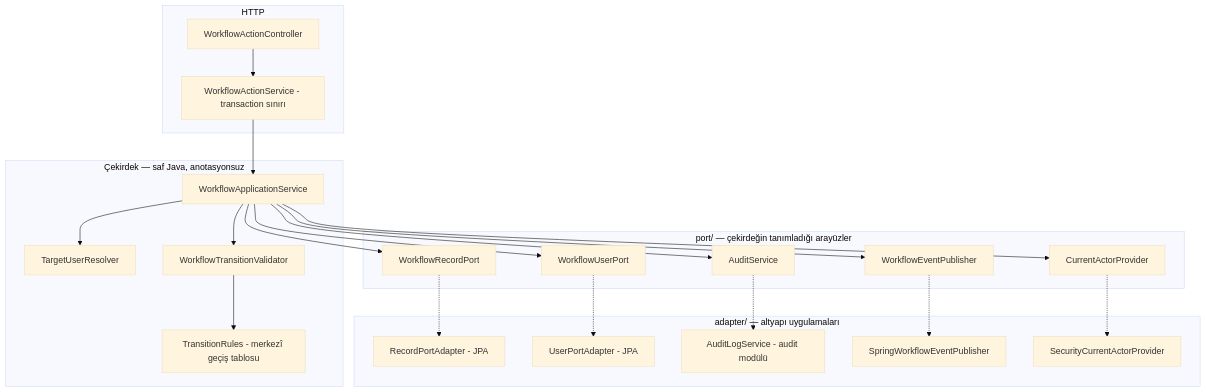
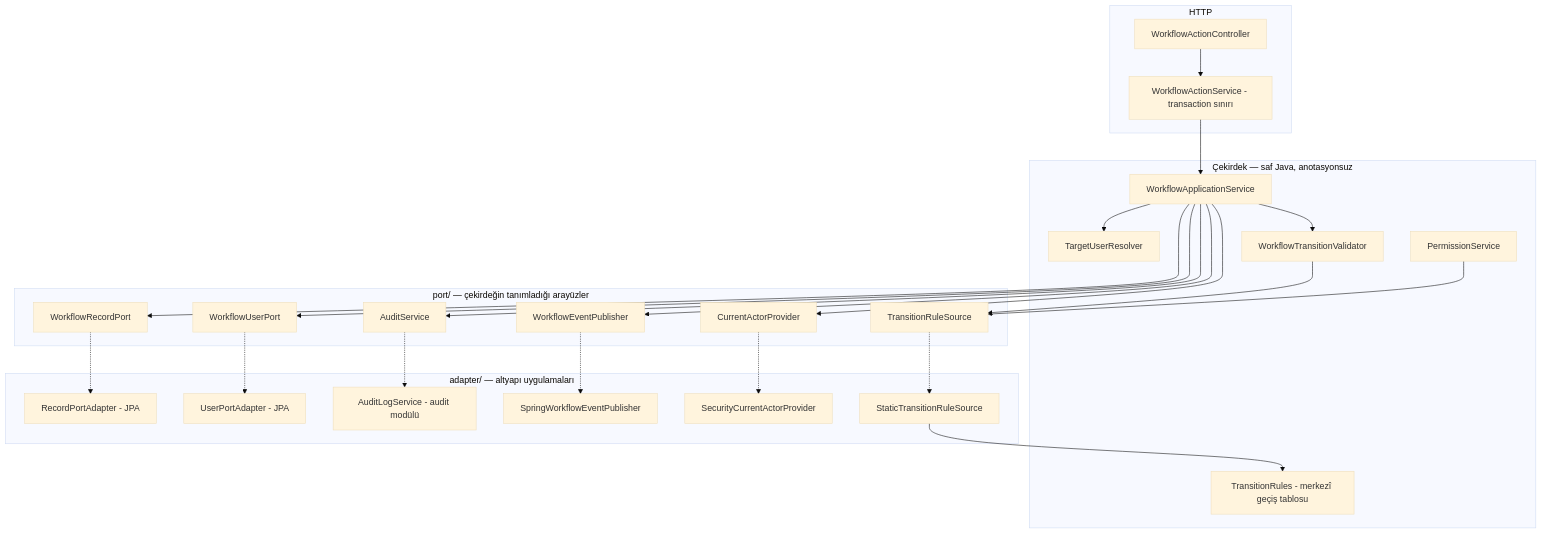
The second of 2 diagrams in docs/architecture.md (btkstajyer26/WorkFlowProject), drawn with Mermaid (base theme) before and after one commit. The commit also changed other lines of this file and 53 other files, not shown here.

````diff
--- a/docs/architecture.md
+++ b/docs/architecture.md
@@ -82,37 +80,42 @@
 ```mermaid
 flowchart TB
     subgraph HTTP
         C[WorkflowActionController]
         TX[WorkflowActionService - transaction sınırı]
     end
     subgraph Cekirdek["Çekirdek — saf Java, anotasyonsuz"]
         APP[WorkflowApplicationService]
         RES[TargetUserResolver]
         VAL[WorkflowTransitionValidator]
         RULES[TransitionRules - merkezî geçiş tablosu]
+        PERM[PermissionService]
     end
     subgraph Portlar["port/ — çekirdeğin tanımladığı arayüzler"]
         P1[WorkflowRecordPort]
         P2[WorkflowUserPort]
         P3[AuditService]
         P4[WorkflowEventPublisher]
         P5[CurrentActorProvider]
+        P6[TransitionRuleSource]
     end
     subgraph Adapterler["adapter/ — altyapı uygulamaları"]
         A1[RecordPortAdapter - JPA]
         A2[UserPortAdapter - JPA]
         A3[AuditLogService - audit modülü]
         A4[SpringWorkflowEventPublisher]
         A5[SecurityCurrentActorProvider]
+        A6[StaticTransitionRuleSource]
     end
 
     C --> TX --> APP
     APP --> RES
-    APP --> VAL --> RULES
+    APP --> VAL --> P6
+    PERM --> P6
+    P6 -.-> A6 --> RULES
     APP --> P1 & P2 & P3 & P4 & P5
     P1 -.-> A1
     P2 -.-> A2
     P3 -.-> A3
     P4 -.-> A4
     P5 -.-> A5
 ```
````
